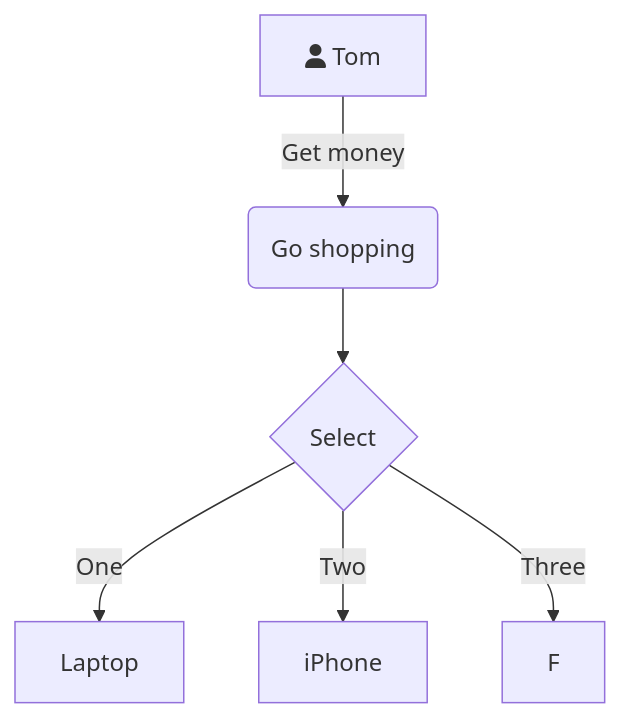
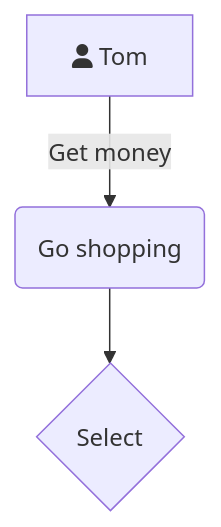
Before and after one commit to hulixiansheng2973/iodraw-files: the diagram in all/未命名-1.md, drawn with Mermaid.

Commit message:
2026-02-25 16:19:17 update

````diff
--- a/all/未命名-1.md
+++ b/all/未命名-1.md
@@ -1,9 +1,7 @@
 ```mermaid
 graph TD
     A[fa:fa-user Tom] -->|Get money| B(Go shopping)
     B --> C{Select}
-    C -->|One| D[Laptop]
-    C -->|Two| E[iPhone]
-    C -->|Three| F
+    C
   
 ```
````
